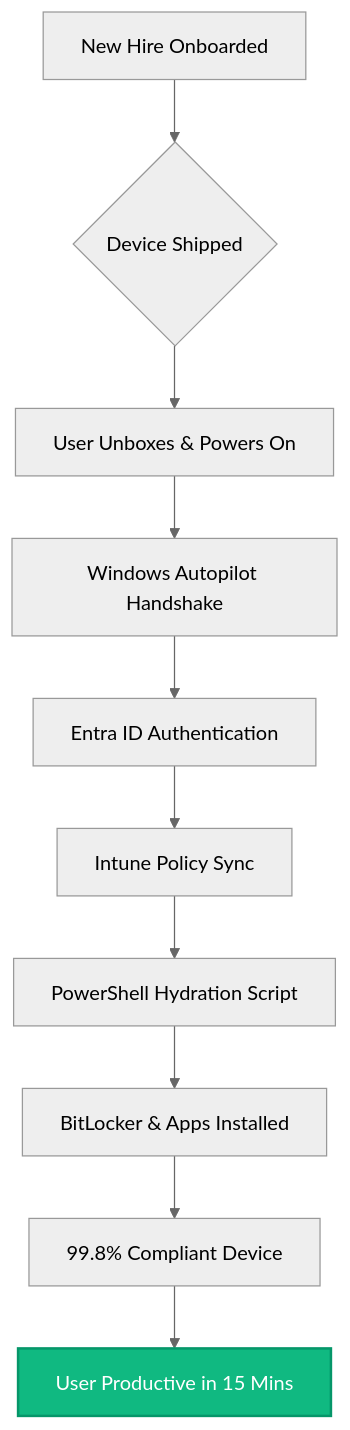
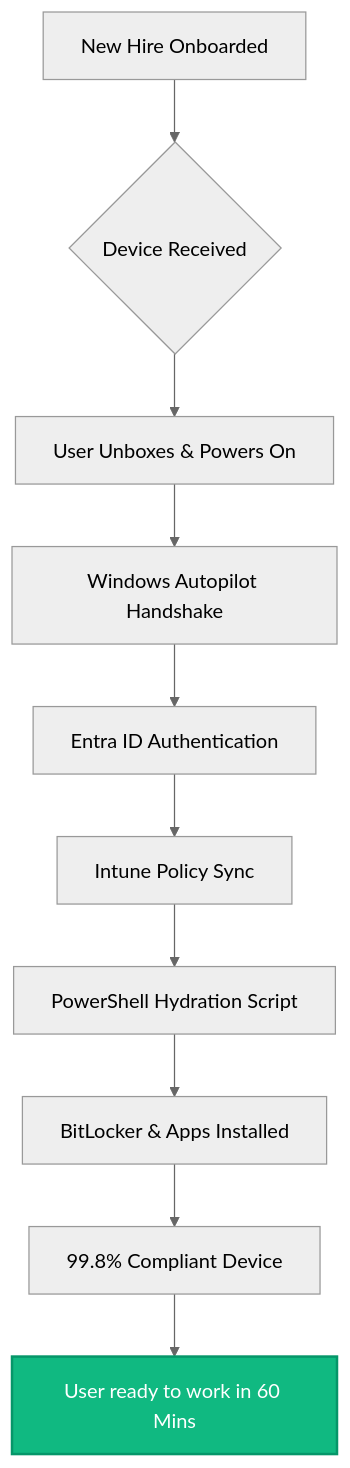
The diagram in README.md (samuel-msafari/Case-Study-M365-Migration), drawn with Mermaid (neutral theme) before and after one commit.

Commit message:
Update onboarding process timeline in README

````diff
--- a/README.md
+++ b/README.md
@@ -24,14 +24,14 @@
 ```mermaid
 graph TD
-    A[New Hire Onboarded] --> B{Device Shipped}
+    A[New Hire Onboarded] --> B{Device Received}
     B --> C[User Unboxes & Powers On]
     C --> D[Windows Autopilot Handshake]
     D --> E[Entra ID Authentication]
     E --> F[Intune Policy Sync]
     F --> G[PowerShell Hydration Script]
     G --> H[BitLocker & Apps Installed]
     H --> I[99.8% Compliant Device]
-    I --> J[User Productive in 15 Mins]
+    I --> J[User ready to work in 60 Mins]
     
     style J fill:#10b981,stroke:#059669,stroke-width:2px,color:#fff
 ```
````
